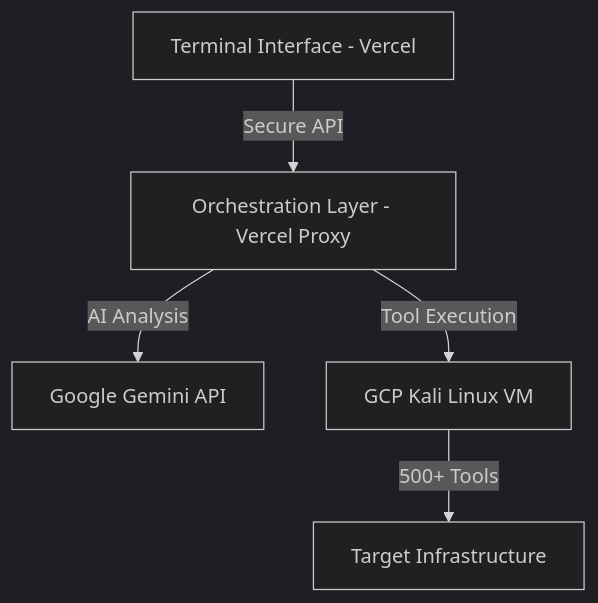
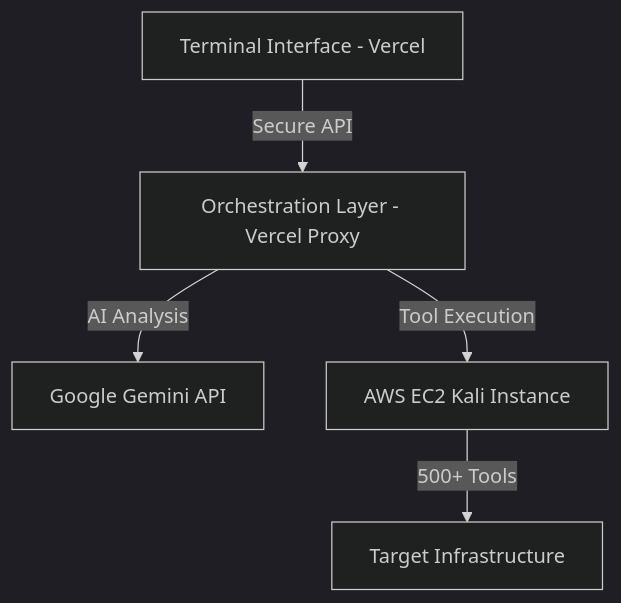
Before and after one commit to azerxafro/Atoms.ninja: the diagram in README.md, drawn with Mermaid (dark theme). The commit also changed other lines of this file and 9 other files, not shown here.

Commit message:
feat: Migrate Kali MCP server from GCP to AWS EC2 and update all related configurations and documentation.

````diff
--- a/README.md
+++ b/README.md
@@ -75,7 +75,7 @@
 ```mermaid
 graph TD
     A["Terminal Interface - Vercel"] -->|Secure API| B["Orchestration Layer - Vercel Proxy"]
     B -->|AI Analysis| C[Google Gemini API]
-    B -->|Tool Execution| D[GCP Kali Linux VM]
+    B -->|Tool Execution| D[AWS EC2 Kali Instance]
     D -->|500+ Tools| E[Target Infrastructure]
 ```
````
